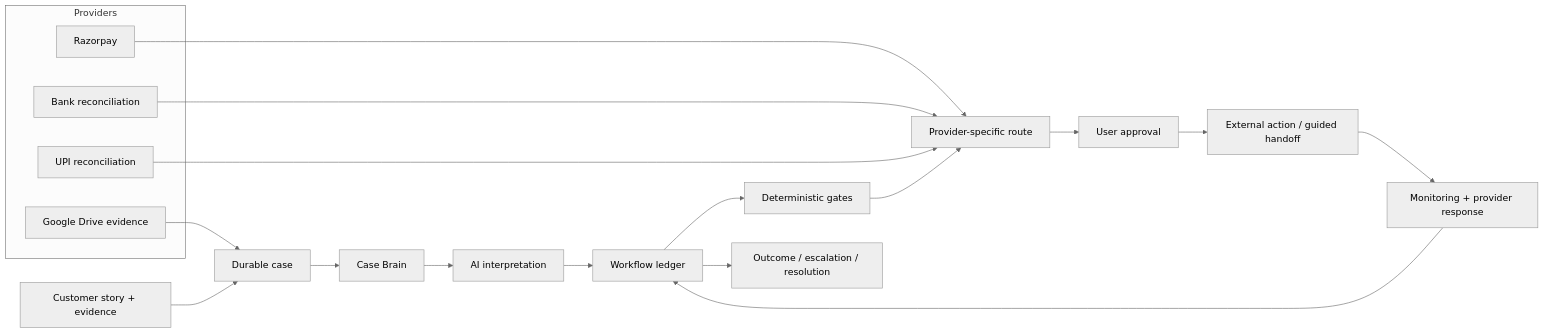
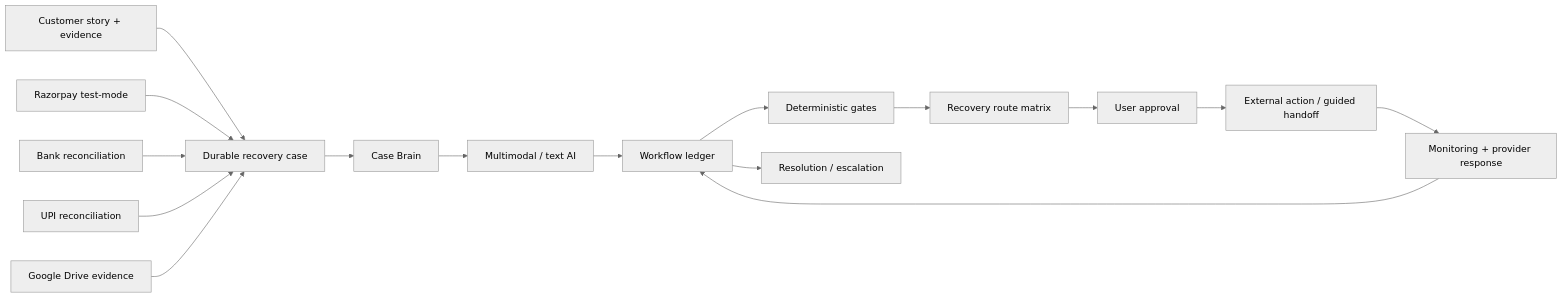
One commit to Prakash-codeMaker/RecoverIT changed the second of 2 diagrams in README.md. Above: the diagram before and after it, drawn with Mermaid (neutral theme). The commit also changed other lines of this file and 3 other files, not shown here.

````diff
--- a/README.md
+++ b/README.md
@@ -270,26 +261,19 @@
 ```mermaid
 flowchart LR
-    S[Customer story + evidence] --> C[Durable case]
+    U[Customer story + evidence] --> C[Durable recovery case]
     C --> B[Case Brain]
-    B --> AI[AI interpretation]
+    B --> AI[Multimodal / text AI]
     AI --> W[Workflow ledger]
     W --> G[Deterministic gates]
-    G --> R[Provider-specific route]
+    G --> R[Recovery route matrix]
     R --> A[User approval]
     A --> X[External action / guided handoff]
     X --> M[Monitoring + provider response]
     M --> W
-    W --> O[Outcome / escalation / resolution]
+    W --> O[Resolution / escalation]
 
-    subgraph Providers
-      RP[Razorpay]
-      BK[Bank reconciliation]
-      UP[UPI reconciliation]
-      GD[Google Drive evidence]
-    end
-
-    RP --> R
-    BK --> R
-    UP --> R
-    GD --> C
+    RP[Razorpay test-mode] --> C
+    BK[Bank reconciliation] --> C
+    UP[UPI reconciliation] --> C
+    GD[Google Drive evidence] --> C
 ```
````
